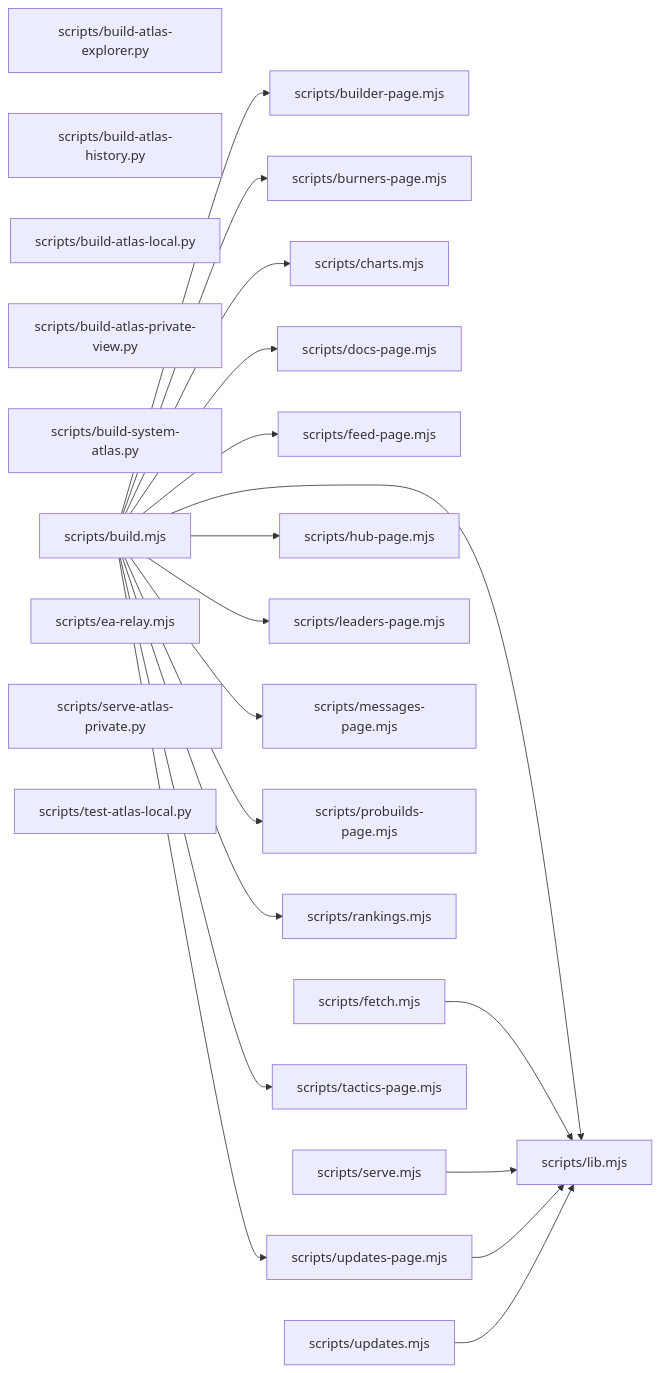
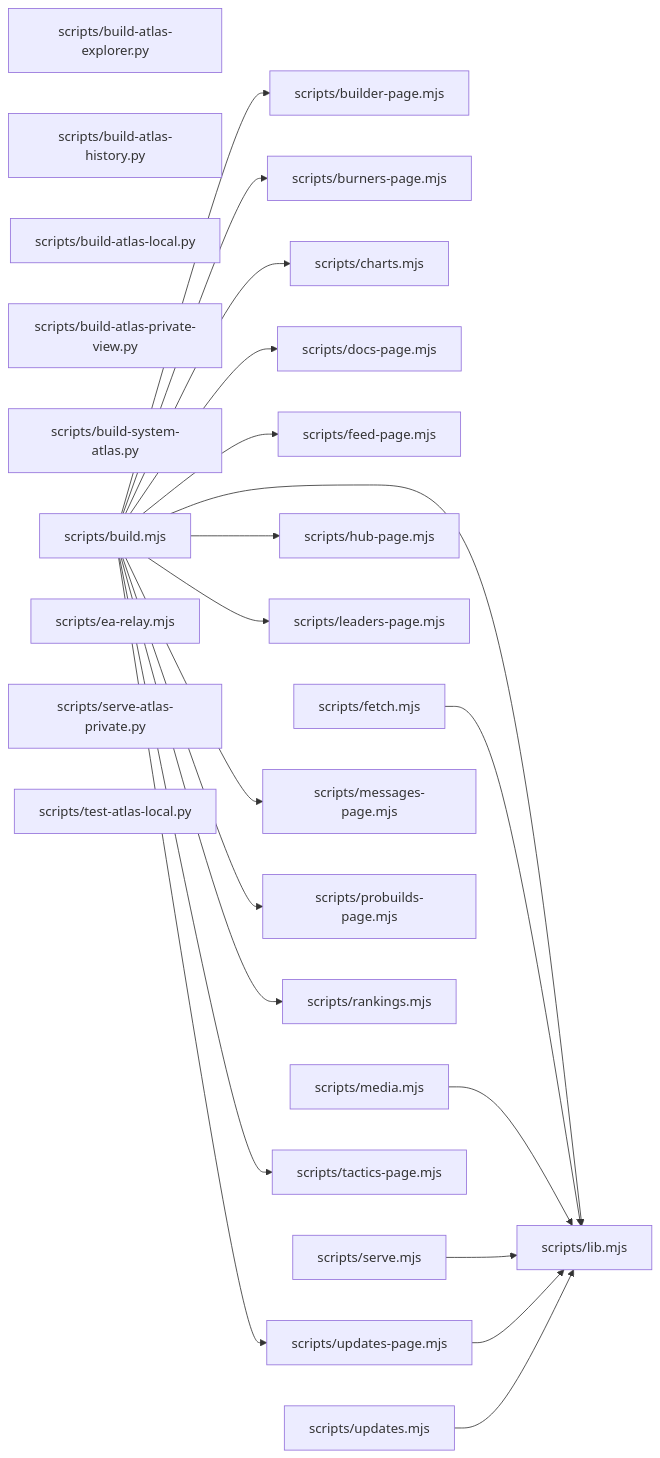
Before and after one commit to devroadtosucces15-boop/Norex-United-FC: the diagram in PLANNING/system-atlas/layer-scripts.md, drawn with Mermaid. The commit also changed 4 other files, not shown here.

````diff
--- a/PLANNING/system-atlas/layer-scripts.md
+++ b/PLANNING/system-atlas/layer-scripts.md
@@ -5,45 +5,47 @@
 ```mermaid
 flowchart LR
   n0["scripts/build-atlas-explorer.py"]
   n1["scripts/build-atlas-history.py"]
   n2["scripts/build-atlas-local.py"]
   n3["scripts/build-atlas-private-view.py"]
   n4["scripts/build-system-atlas.py"]
   n5["scripts/build.mjs"]
   n6["scripts/builder-page.mjs"]
   n7["scripts/burners-page.mjs"]
   n8["scripts/charts.mjs"]
   n9["scripts/docs-page.mjs"]
   n10["scripts/ea-relay.mjs"]
   n11["scripts/feed-page.mjs"]
   n12["scripts/fetch.mjs"]
   n13["scripts/hub-page.mjs"]
   n14["scripts/leaders-page.mjs"]
   n15["scripts/lib.mjs"]
-  n16["scripts/messages-page.mjs"]
-  n17["scripts/probuilds-page.mjs"]
-  n18["scripts/rankings.mjs"]
-  n19["scripts/serve-atlas-private.py"]
-  n20["scripts/serve.mjs"]
-  n21["scripts/tactics-page.mjs"]
-  n22["scripts/test-atlas-local.py"]
-  n23["scripts/updates-page.mjs"]
-  n24["scripts/updates.mjs"]
+  n16["scripts/media.mjs"]
+  n17["scripts/messages-page.mjs"]
+  n18["scripts/probuilds-page.mjs"]
+  n19["scripts/rankings.mjs"]
+  n20["scripts/serve-atlas-private.py"]
+  n21["scripts/serve.mjs"]
+  n22["scripts/tactics-page.mjs"]
+  n23["scripts/test-atlas-local.py"]
+  n24["scripts/updates-page.mjs"]
+  n25["scripts/updates.mjs"]
   n5 --> n6
   n5 --> n7
   n5 --> n8
   n5 --> n9
   n5 --> n11
   n5 --> n13
   n5 --> n14
   n5 --> n15
-  n5 --> n16
   n5 --> n17
   n5 --> n18
-  n5 --> n21
-  n5 --> n23
+  n5 --> n19
+  n5 --> n22
+  n5 --> n24
   n12 --> n15
-  n20 --> n15
-  n23 --> n15
+  n16 --> n15
+  n21 --> n15
   n24 --> n15
+  n25 --> n15
 ```
````
